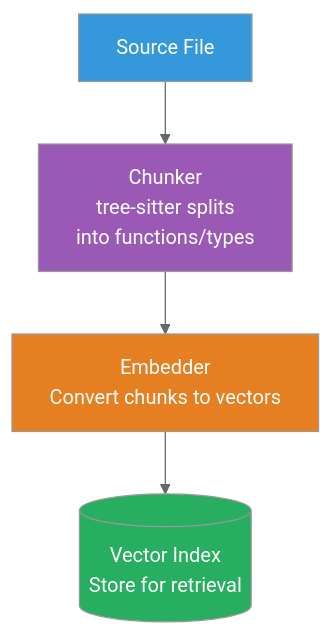
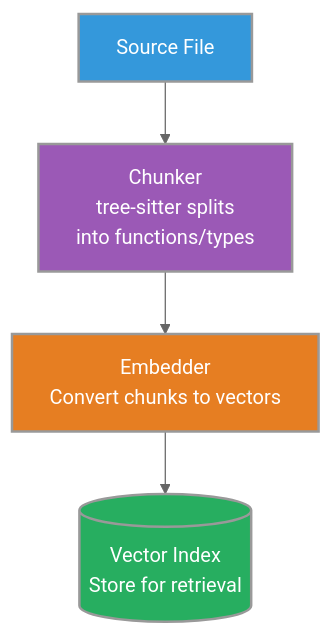
Before and after one commit to sampi02/amanmcp: the seventh of 8 diagrams in docs/concepts/vector-search-concepts.md, drawn with Mermaid (neutral theme). The commit also changed other lines of this file and 59 other files, not shown here.

````diff
--- a/docs/concepts/vector-search-concepts.md
+++ b/docs/concepts/vector-search-concepts.md
@@ -408,14 +581,14 @@
 ```mermaid
 flowchart TB
     Source["Source File"]
     Chunker["Chunker<br/>tree-sitter splits<br/>into functions/types"]
     Embedder["Embedder<br/>Convert chunks to vectors"]
     Index[(Vector Index<br/>Store for retrieval)]
 
     Source --> Chunker --> Embedder --> Index
 
-    style Source fill:#3498db,color:#fff
-    style Chunker fill:#9b59b6,color:#fff
-    style Embedder fill:#e67e22,color:#fff
-    style Index fill:#27ae60,color:#fff
+    style Source fill:#3498db,stroke-width:2px,color:#fff
+    style Chunker fill:#9b59b6,stroke-width:2px,color:#fff
+    style Embedder fill:#e67e22,stroke-width:2px,color:#fff
+    style Index fill:#27ae60,stroke-width:2px,color:#fff
 ```
````
